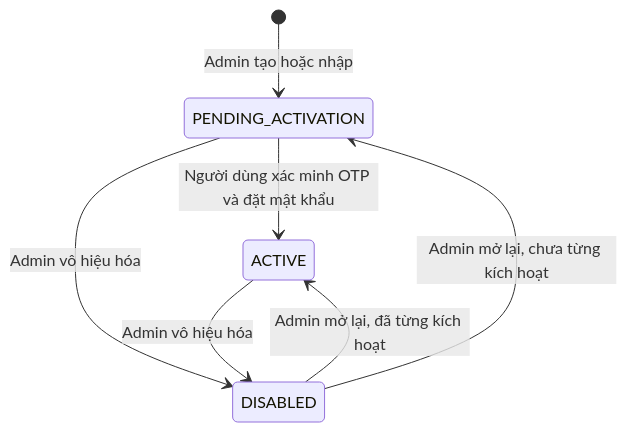
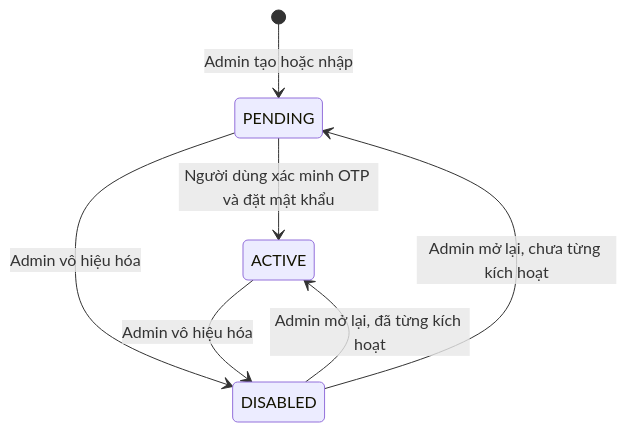
The diagram in aidlc-docs/construction/u01-account-and-access/functional-design/domain-entities.md (hygef-v4/AI-Powered-Learning-Platform), drawn with Mermaid before and after one commit. The commit also changed other lines of this file and 83 other files, not shown here.

````diff
--- a/aidlc-docs/construction/u01-account-and-access/functional-design/domain-entities.md
+++ b/aidlc-docs/construction/u01-account-and-access/functional-design/domain-entities.md
@@ -38,9 +40,9 @@
 ```mermaid
 stateDiagram-v2
-    [*] --> PENDING_ACTIVATION: Admin tạo hoặc nhập
-    PENDING_ACTIVATION --> ACTIVE: Người dùng xác minh OTP và đặt mật khẩu
-    PENDING_ACTIVATION --> DISABLED: Admin vô hiệu hóa
+    [*] --> PENDING: Admin tạo hoặc nhập
+    PENDING --> ACTIVE: Người dùng xác minh OTP và đặt mật khẩu
+    PENDING --> DISABLED: Admin vô hiệu hóa
     ACTIVE --> DISABLED: Admin vô hiệu hóa
     DISABLED --> ACTIVE: Admin mở lại, đã từng kích hoạt
-    DISABLED --> PENDING_ACTIVATION: Admin mở lại, chưa từng kích hoạt
+    DISABLED --> PENDING: Admin mở lại, chưa từng kích hoạt
 ```
````
